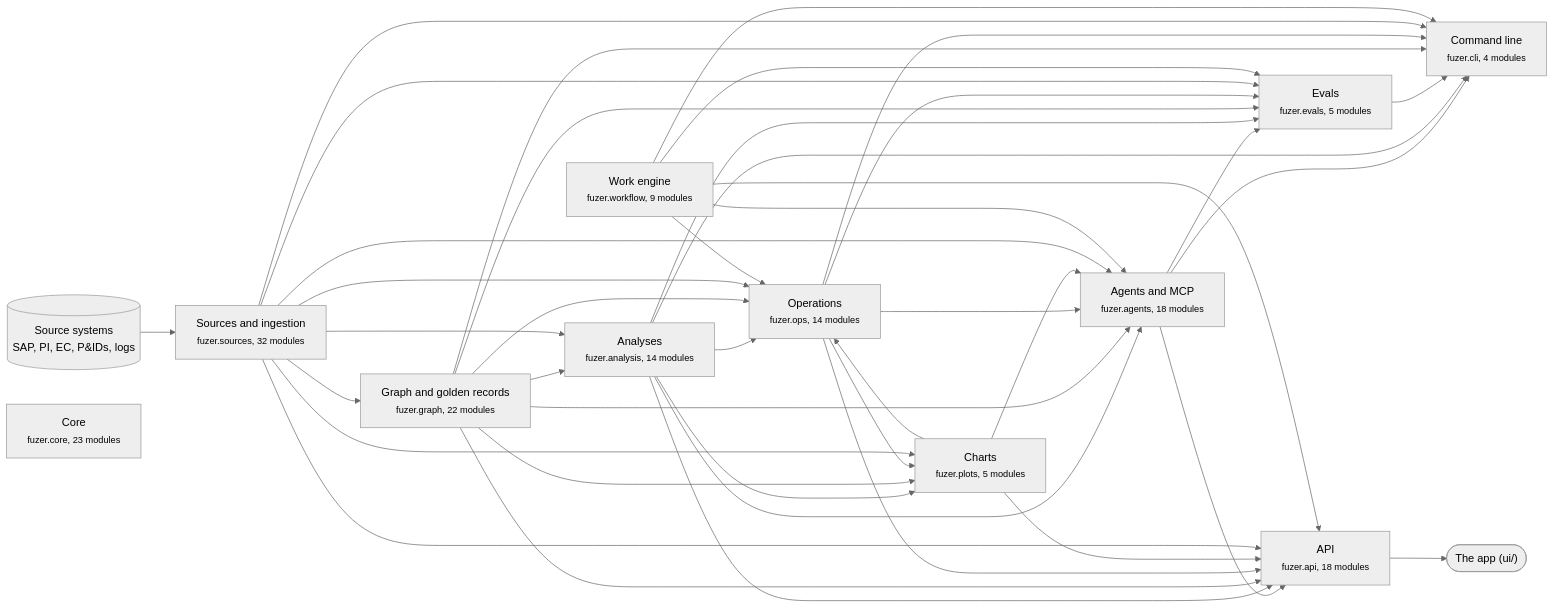
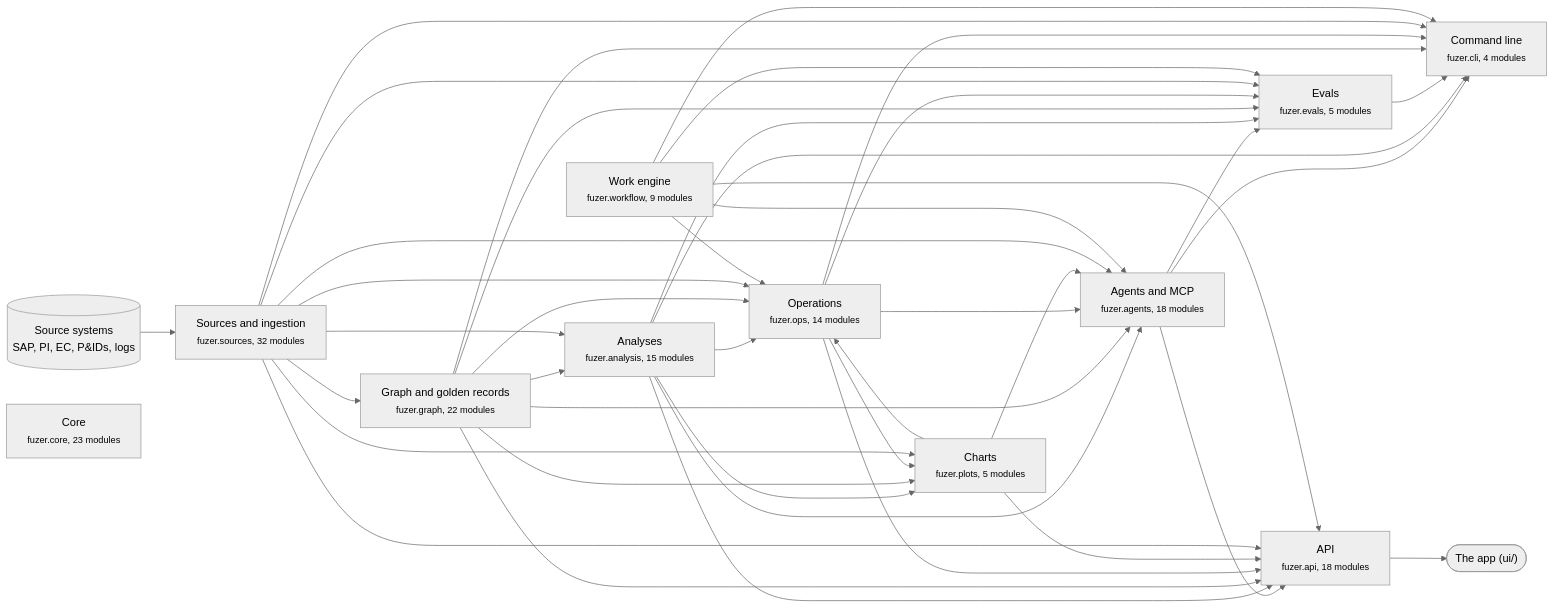
The first of 3 diagrams in docs/architecture.md (areed145/fuzer), drawn with Mermaid (neutral theme) before and after one commit. The commit also changed other lines of this file and 8 other files, not shown here.

````diff
--- a/docs/architecture.md
+++ b/docs/architecture.md
@@ -8,66 +8,66 @@
 ```mermaid
 flowchart LR
   systems[("Source systems<br>SAP, PI, EC, P&IDs, logs")] --> c_sources
   app(["The app (ui/)"])
   c_api --> app
   c_sources["Sources and ingestion<br><small>fuzer.sources, 32 modules</small>"]
   c_graph["Graph and golden records<br><small>fuzer.graph, 22 modules</small>"]
-  c_analysis["Analyses<br><small>fuzer.analysis, 14 modules</small>"]
+  c_analysis["Analyses<br><small>fuzer.analysis, 15 modules</small>"]
   c_ops["Operations<br><small>fuzer.ops, 14 modules</small>"]
   c_plots["Charts<br><small>fuzer.plots, 5 modules</small>"]
   c_workflow["Work engine<br><small>fuzer.workflow, 9 modules</small>"]
   c_agents["Agents and MCP<br><small>fuzer.agents, 18 modules</small>"]
   c_evals["Evals<br><small>fuzer.evals, 5 modules</small>"]
   c_api["API<br><small>fuzer.api, 18 modules</small>"]
   c_cli["Command line<br><small>fuzer.cli, 4 modules</small>"]
   c_core["Core<br><small>fuzer.core, 23 modules</small>"]
   c_sources --> c_graph
   c_graph --> c_analysis
   c_sources --> c_analysis
   c_analysis --> c_ops
   c_graph --> c_ops
   c_plots --> c_ops
   c_sources --> c_ops
   c_workflow --> c_ops
   c_analysis --> c_plots
   c_graph --> c_plots
   c_ops --> c_plots
   c_sources --> c_plots
   c_analysis --> c_agents
   c_graph --> c_agents
   c_ops --> c_agents
   c_plots --> c_agents
   c_sources --> c_agents
   c_workflow --> c_agents
   c_agents --> c_evals
   c_analysis --> c_evals
   c_graph --> c_evals
   c_ops --> c_evals
   c_sources --> c_evals
   c_workflow --> c_evals
   c_agents --> c_api
   c_analysis --> c_api
   c_graph --> c_api
   c_ops --> c_api
   c_plots --> c_api
   c_sources --> c_api
   c_workflow --> c_api
   c_agents --> c_cli
   c_analysis --> c_cli
   c_evals --> c_cli
   c_graph --> c_cli
   c_ops --> c_cli
   c_sources --> c_cli
   c_workflow --> c_cli
   click c_sources "https://github.com/areed145/fuzer/tree/main/src/fuzer/sources"
   click c_graph "https://github.com/areed145/fuzer/tree/main/src/fuzer/graph"
   click c_analysis "https://github.com/areed145/fuzer/tree/main/src/fuzer/analysis"
   click c_ops "https://github.com/areed145/fuzer/tree/main/src/fuzer/ops"
   click c_plots "https://github.com/areed145/fuzer/tree/main/src/fuzer/plots"
   click c_workflow "https://github.com/areed145/fuzer/tree/main/src/fuzer/workflow"
   click c_agents "https://github.com/areed145/fuzer/tree/main/src/fuzer/agents"
   click c_evals "https://github.com/areed145/fuzer/tree/main/src/fuzer/evals"
   click c_api "https://github.com/areed145/fuzer/tree/main/src/fuzer/api"
   click c_cli "https://github.com/areed145/fuzer/tree/main/src/fuzer/cli"
   click c_core "https://github.com/areed145/fuzer/tree/main/src/fuzer/core"
 ```
````
